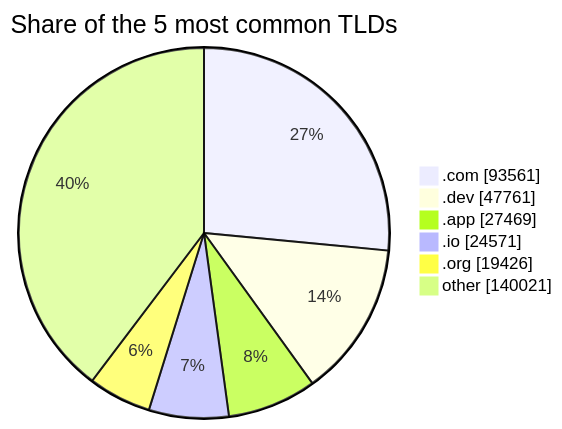
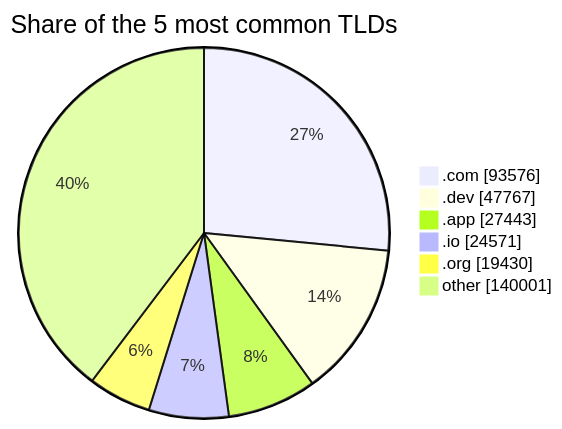
The third of 3 diagrams in README.md (DNSBunker/CTI), drawn with Mermaid before and after one commit. The commit also changed other lines of this file and 3 other files, not shown here.

````diff
--- a/README.md
+++ b/README.md
@@ -81,9 +81,9 @@
 ```mermaid
 pie showData title Share of the 5 most common TLDs
-    ".com" : 93561
-    ".dev" : 47761
-    ".app" : 27469
+    ".com" : 93576
+    ".dev" : 47767
+    ".app" : 27443
     ".io" : 24571
-    ".org" : 19426
-    "other" : 140021
+    ".org" : 19430
+    "other" : 140001
 ```
````
